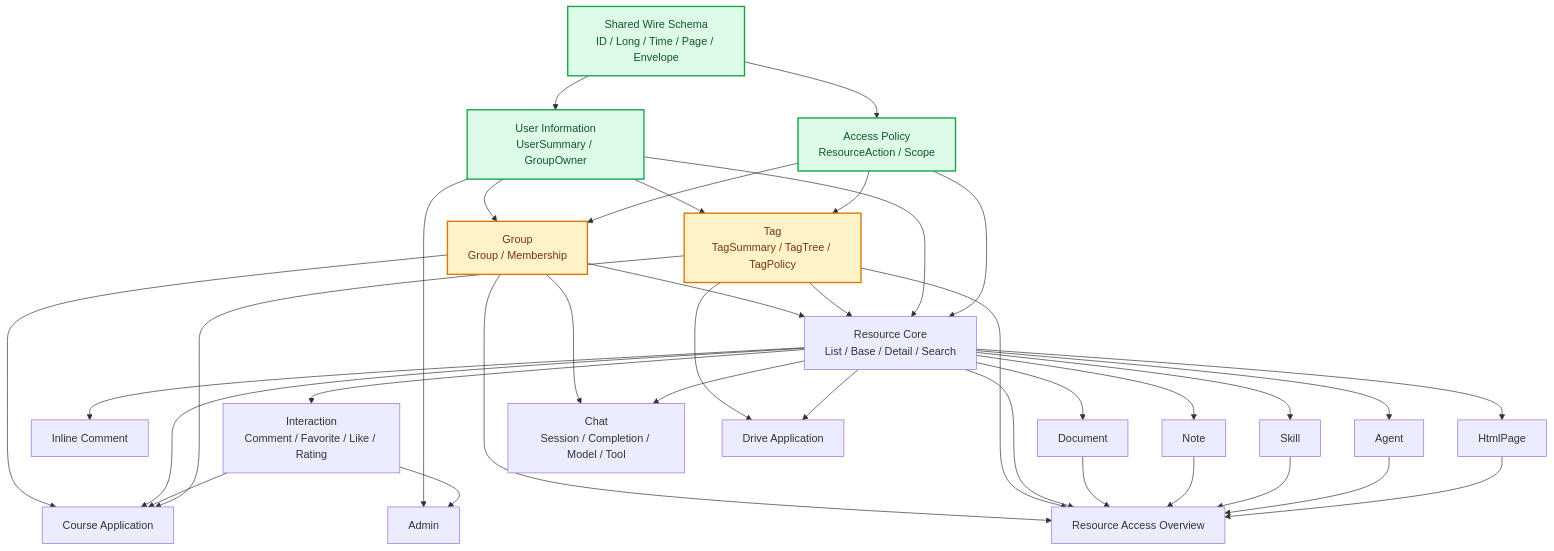
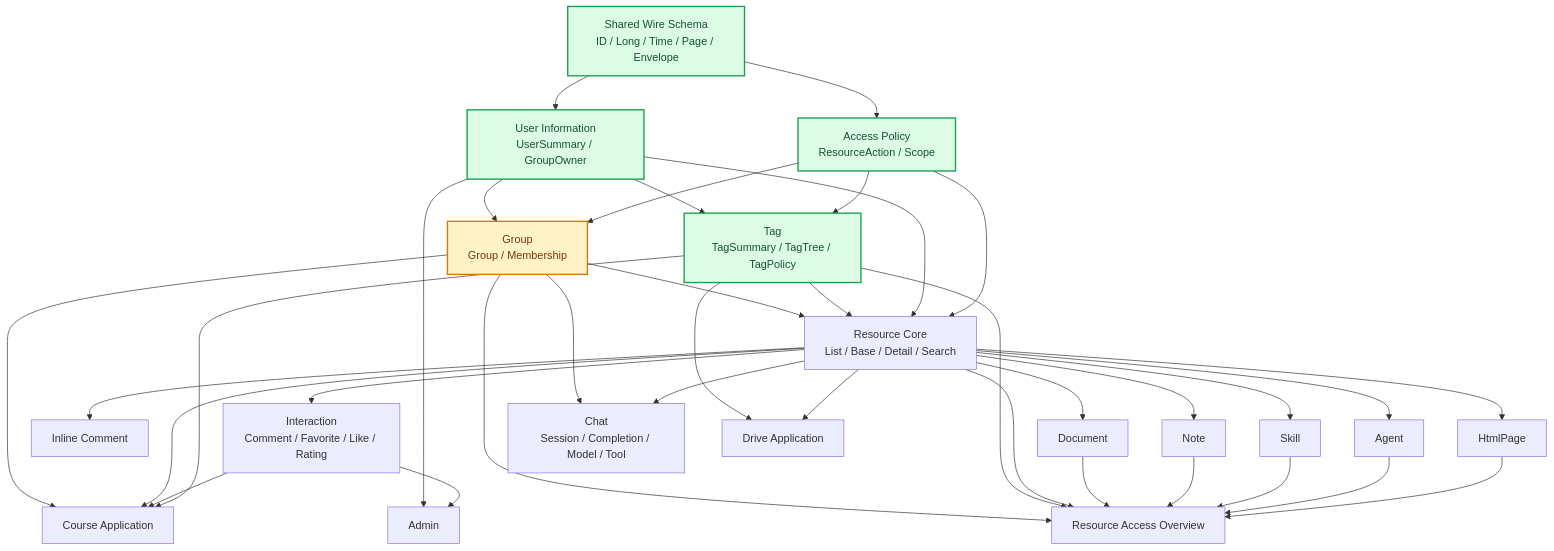
Before and after one commit to Oriole-FDU/WisePenView: the diagram in agent/docs/schema-contract-roadmap.md, drawn with Mermaid. The commit also changed other lines of this file and 21 other files, not shown here.

````diff
--- a/agent/docs/schema-contract-roadmap.md
+++ b/agent/docs/schema-contract-roadmap.md
@@ -36,62 +36,62 @@
 ```mermaid
 flowchart TD
   W[Shared Wire Schema<br/>ID / Long / Time / Page / Envelope]
   A[Access Policy<br/>ResourceAction / Scope]
   U[User Information<br/>UserSummary / GroupOwner]
   G[Group<br/>Group / Membership]
   T[Tag<br/>TagSummary / TagTree / TagPolicy]
   R[Resource Core<br/>List / Base / Detail / Search]
   I[Interaction<br/>Comment / Favorite / Like / Rating]
   C[Inline Comment]
   D[Document]
   N[Note]
   S[Skill]
   AG[Agent]
   H[HtmlPage]
   CH[Chat<br/>Session / Completion / Model / Tool]
   CO[Course Application]
   DR[Drive Application]
   RA[Resource Access Overview]
   AD[Admin]
 
   W --> A
   W --> U
   U --> G
   A --> G
   U --> T
   A --> T
   G --> R
   T --> R
   U --> R
   A --> R
   R --> I
   R --> C
   R --> D
   R --> N
   R --> S
   R --> AG
   R --> H
   G --> CH
   R --> CH
   G --> CO
   R --> CO
   I --> CO
   T --> CO
   T --> DR
   R --> DR
   G --> RA
   T --> RA
   R --> RA
   D --> RA
   N --> RA
   S --> RA
   AG --> RA
   H --> RA
   U --> AD
   I --> AD
 
   classDef completed fill:#dcfce7,stroke:#16a34a,color:#14532d,stroke-width:2px
   classDef next fill:#fef3c7,stroke:#d97706,color:#78350f,stroke-width:2px
-  class W,A,U completed
-  class G,T next
+  class W,A,U,T completed
+  class G next
 ```
````
